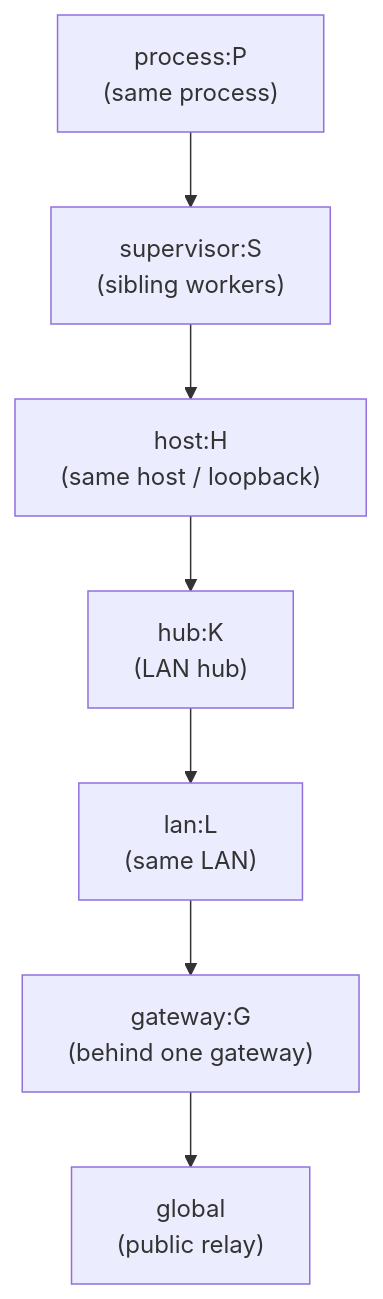
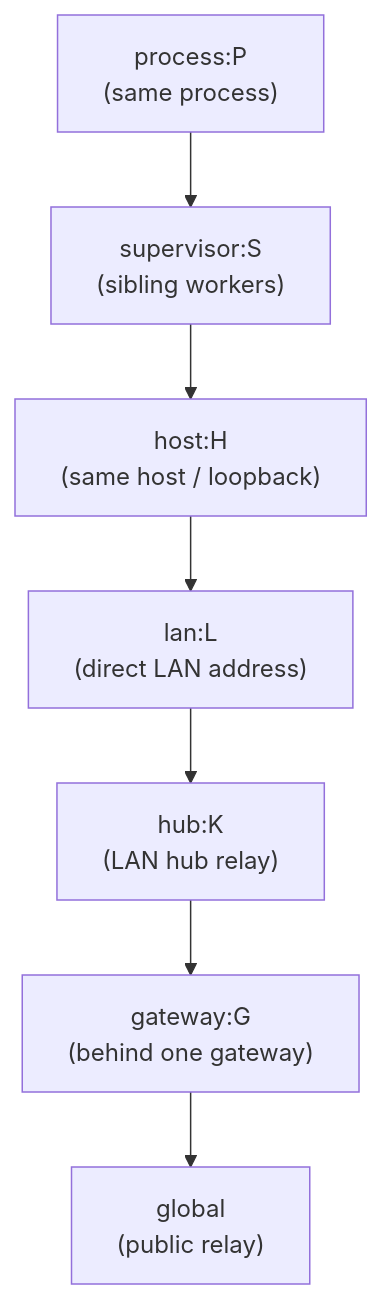
One commit to endojs/endo-but-for-bots changed the diagram in designs/relative-routing.md. Above: the diagram before and after it, drawn with Mermaid. The commit also changed other lines of this file and 1 other file, not shown here.

First line of the commit message:
docs(relative-routing): address panel round-2 must-fix items

````diff
--- a/designs/relative-routing.md
+++ b/designs/relative-routing.md
@@ -207,11 +255,11 @@
 ```mermaid
 flowchart TD
     P["process:P<br/>(same process)"]
     S["supervisor:S<br/>(sibling workers)"]
     H["host:H<br/>(same host / loopback)"]
-    B["hub:K<br/>(LAN hub)"]
-    L["lan:L<br/>(same LAN)"]
+    L["lan:L<br/>(direct LAN address)"]
+    B["hub:K<br/>(LAN hub relay)"]
     G["gateway:G<br/>(behind one gateway)"]
     R["global<br/>(public relay)"]
-    P --> S --> H --> B --> L --> G --> R
+    P --> S --> H --> L --> B --> G --> R
 ```
````
